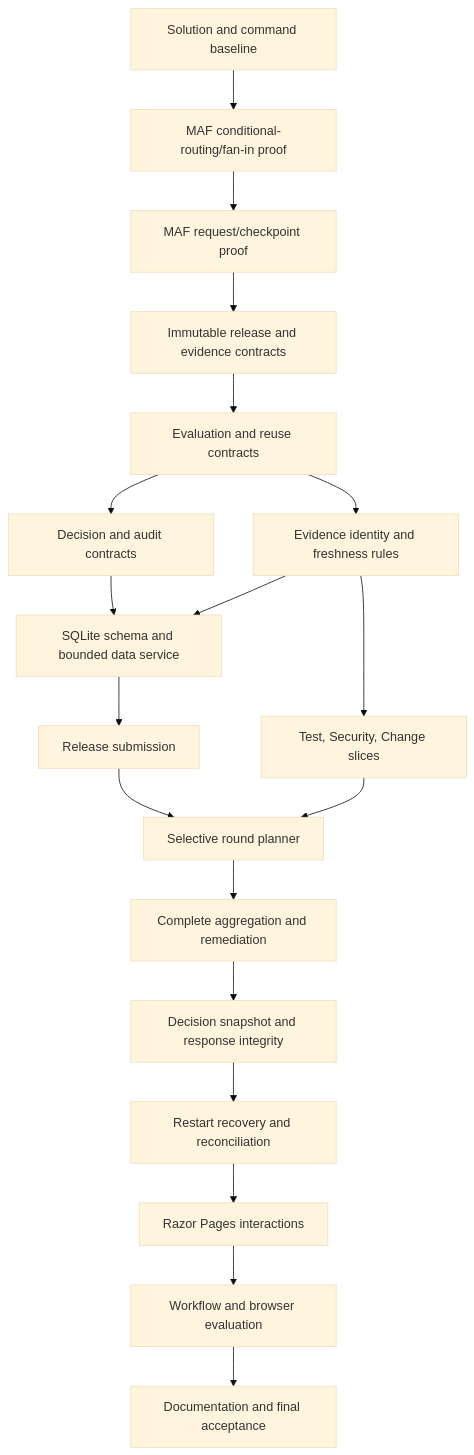
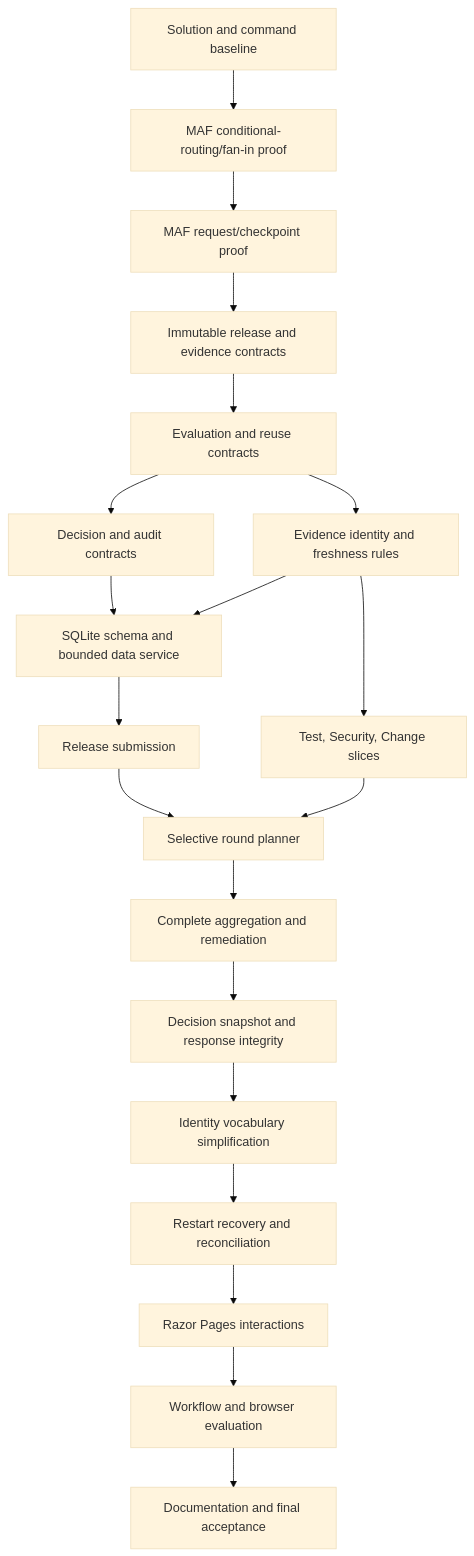
One commit to mariusz-kacz/release-readiness-coordinator changed the diagram in tasks/plan.md. Above: the diagram before and after it, drawn with Mermaid (base theme). The commit also changed other lines of this file and 24 other files, not shown here.

````diff
--- a/tasks/plan.md
+++ b/tasks/plan.md
@@ -42,21 +43,22 @@
 ```mermaid
 flowchart TD
     A[Solution and command baseline] --> B[MAF conditional-routing/fan-in proof]
     B --> C[MAF request/checkpoint proof]
     C --> D[Immutable release and evidence contracts]
     D --> EV[Evaluation and reuse contracts]
     EV --> DE[Decision and audit contracts]
     EV --> FR[Evidence identity and freshness rules]
     DE --> E[SQLite schema and bounded data service]
     FR --> E
     E --> F[Release submission]
     FR --> G[Test, Security, Change slices]
     F --> H[Selective round planner]
     G --> H
     H --> I[Complete aggregation and remediation]
     I --> J[Decision snapshot and response integrity]
-    J --> K[Restart recovery and reconciliation]
+    J --> ID[Identity vocabulary simplification]
+    ID --> K[Restart recovery and reconciliation]
     K --> L[Razor Pages interactions]
     L --> M[Workflow and browser evaluation]
     M --> N[Documentation and final acceptance]
 ```
````
